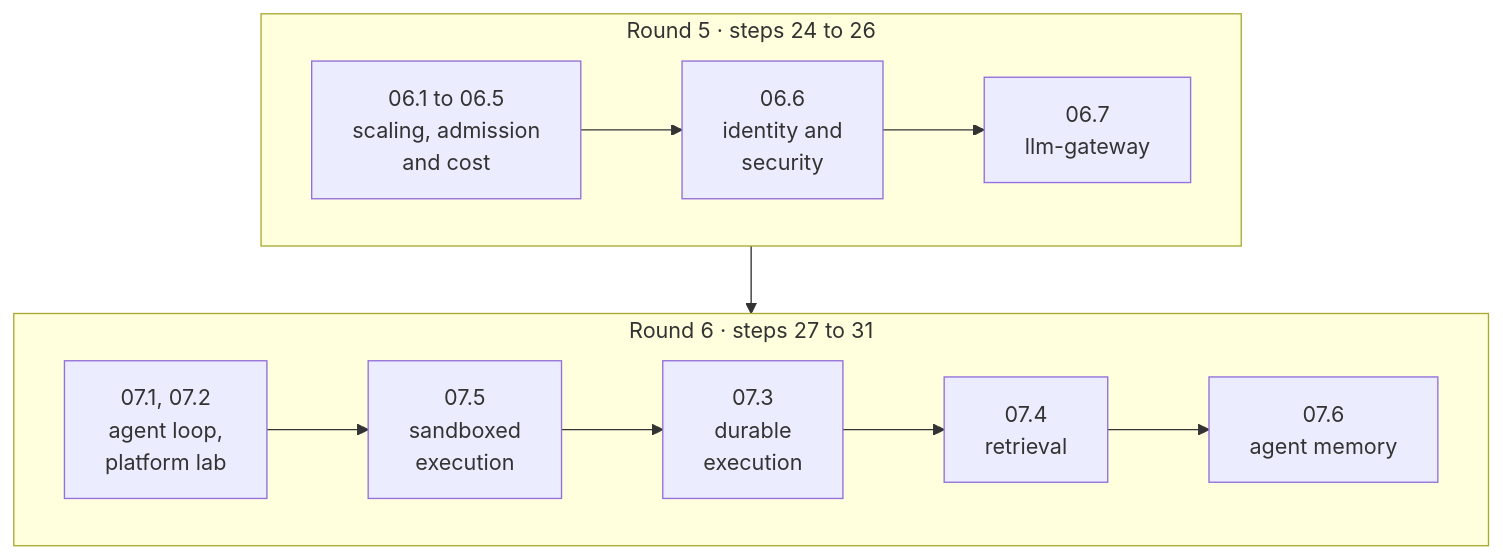
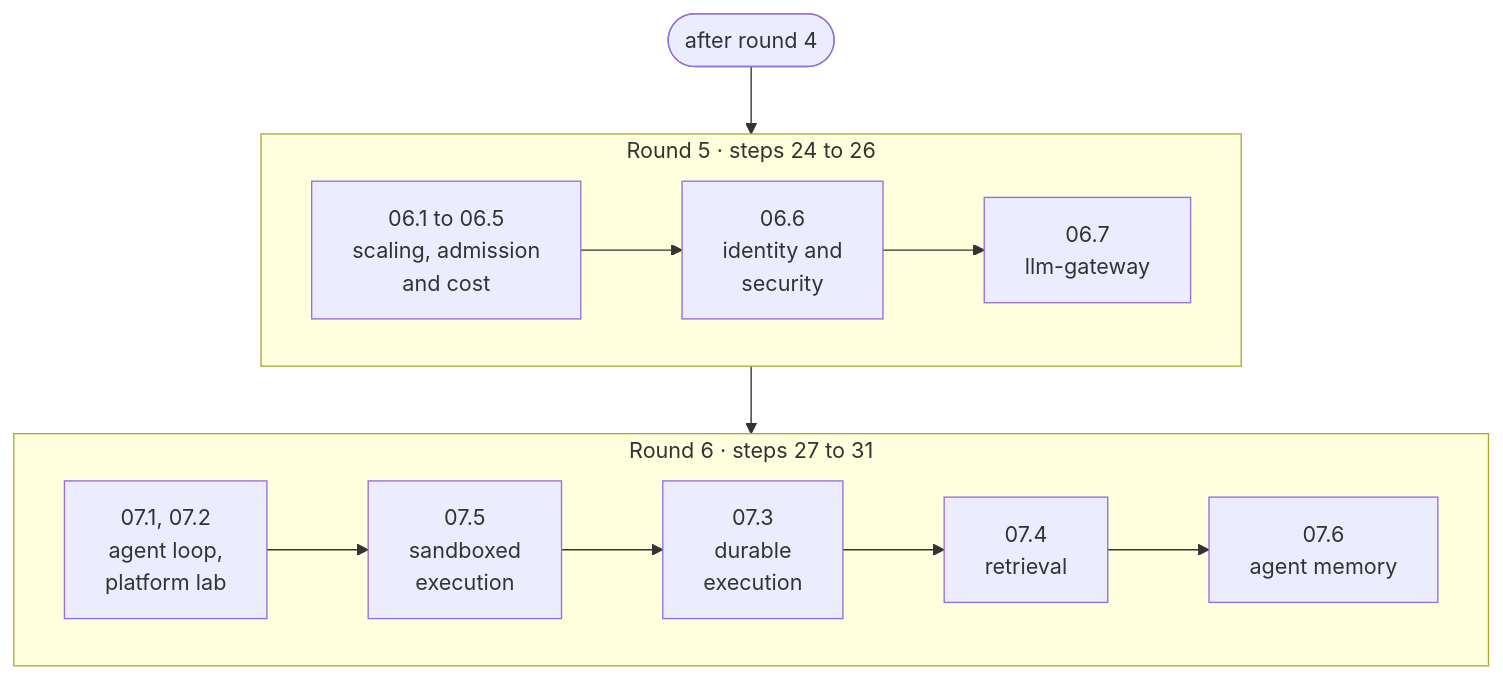
Before and after one commit to aniryou/full-stack-agentic-engineer: the second of 2 diagrams in CURRICULUM.md, drawn with Mermaid. The commit also changed other lines of this file and 1 other file, not shown here.

````diff
--- a/CURRICULUM.md
+++ b/CURRICULUM.md
@@ -182,12 +182,13 @@
 ```mermaid
 flowchart TB
+  R4P(["after round 4"]) --> R5
   subgraph R5["Round 5 · steps 24 to 26"]
     direction LR
     S24["06.1 to 06.5<br/>scaling, admission<br/>and cost"] --> S25["06.6<br/>identity and<br/>security"] --> S26["06.7<br/>llm-gateway"]
   end
   subgraph R6["Round 6 · steps 27 to 31"]
     direction LR
     S27["07.1, 07.2<br/>agent loop,<br/>platform lab"] --> S28["07.5<br/>sandboxed<br/>execution"] --> S29["07.3<br/>durable<br/>execution"] --> S30["07.4<br/>retrieval"] --> S31["07.6<br/>agent memory"]
   end
   R5 --> R6
 ```
````
